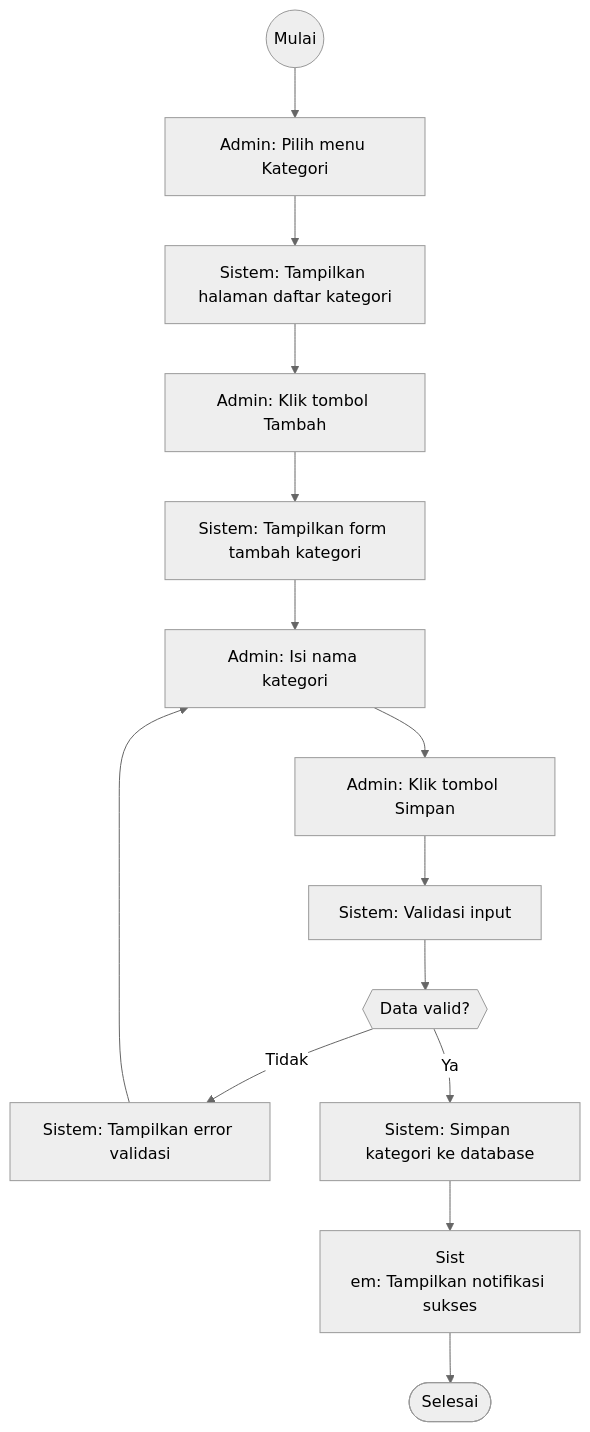
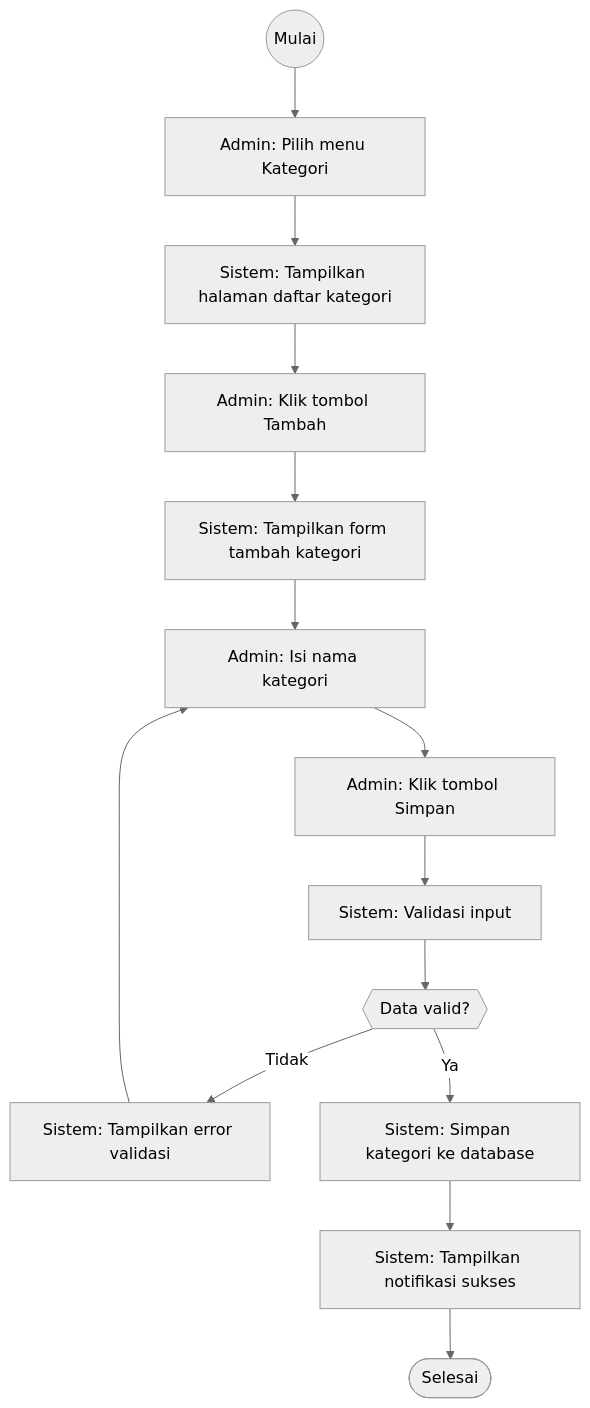
Before and after one commit to devWebs01/POS-DW: the fifth of 40 diagrams in docs/4.2-perancangan-sistem.md, drawn with Mermaid (neutral theme). The commit also changed other lines of this file, not shown here.

First line of the commit message:
fix: repair 14 broken mermaid diagrams (split arrows & multiline labels)

````diff
--- a/docs/4.2-perancangan-sistem.md
+++ b/docs/4.2-perancangan-sistem.md
@@ -956,26 +956,25 @@
 ```mermaid
 flowchart TD
   start((Mulai))
   A_A["Admin: Pilih menu Kategori"]
   start --> A_A
   S_A["Sistem: Tampilkan halaman daftar kategori"]
   A_A --> S_A
   A_B["Admin: Klik tombol Tambah"]
   S_A --> A_B
   S_B["Sistem: Tampilkan form tambah kategori"]
   A_B --> S_B
   A_C["Admin: Isi nama kategori"]
   S_B --> A_C
   A_D["Admin: Klik tombol Simpan"]
   A_C --> A_D
   S_C["Sistem: Validasi input"]
   A_D --> S_C
   D_A{{"Data valid?"}}
   S_C --> D_A
   D_A -->|Tidak| E_A["Sistem: Tampilkan error validasi"]
   E_A --> A_C
   D_A -->|Ya| S_D["Sistem: Simpan kategori ke database"]
-  S_D --> S_E["Sist
-em: Tampilkan notifikasi sukses"]
+  S_D --> S_E["Sistem: Tampilkan notifikasi sukses"]
   S_E --> end_success([Selesai])
 ```
````
